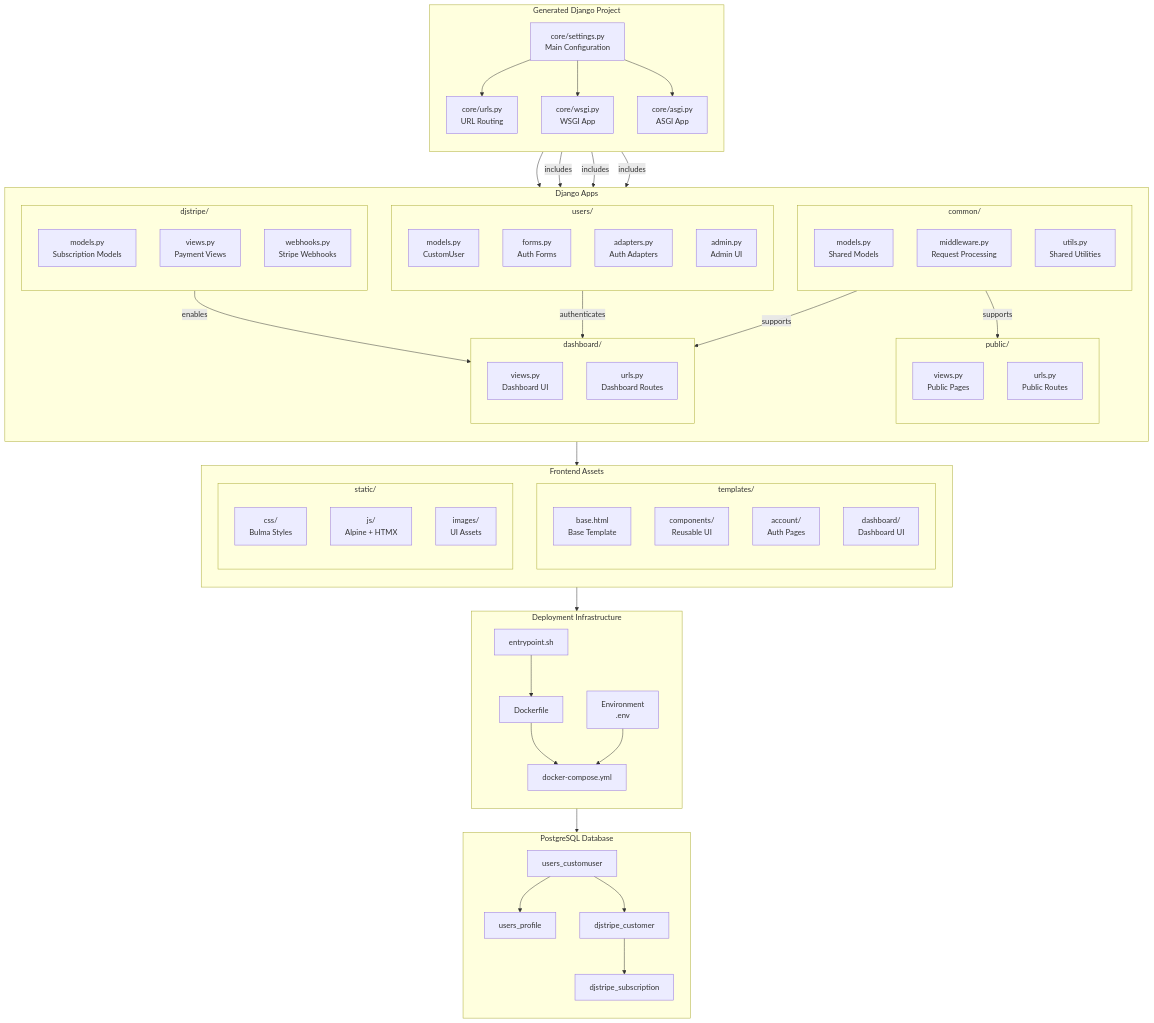
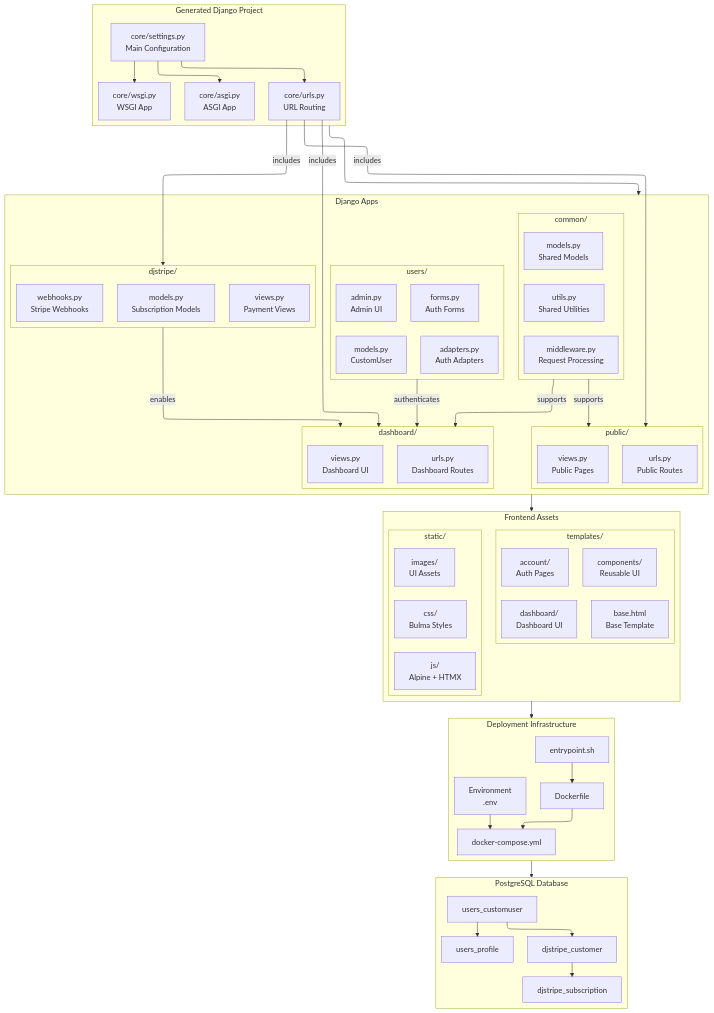
Before and after one commit to Experto-AI/quickscale: the sixth of 7 diagrams in TECHNICAL_DOCS.md, drawn with Mermaid. The commit also changed other lines of this file and 1 other file, not shown here.

Commit message:
Updated mermaid diagrams for better visualization

````diff
--- a/TECHNICAL_DOCS.md
+++ b/TECHNICAL_DOCS.md
@@ -401,116 +357,97 @@
 ```mermaid
+---
+config:
+  layout: elk
+---
 flowchart TD
-    %% Main project structure in vertical layout
-    subgraph Django["Generated Django Project"]
-        direction TB
-        settings["core/settings.py<br/>Main Configuration"]
-        urls["core/urls.py<br/>URL Routing"]
-        wsgi["core/wsgi.py<br/>WSGI App"]
-        asgi["core/asgi.py<br/>ASGI App"]
-        
-        settings --> urls
-        settings --> wsgi
-        settings --> asgi
-    end
-    
-    %% Django Apps in vertical arrangement
-    subgraph Apps["Django Apps"]
-        direction TB
-        
-        subgraph Users["users/"]
-            direction TB
-            users_models["models.py<br/>CustomUser"]
-            users_forms["forms.py<br/>Auth Forms"]
-            users_adapters["adapters.py<br/>Auth Adapters"]
-            users_admin["admin.py<br/>Admin UI"]
-        end
-        
-        subgraph Common["common/"]
-            direction TB
-            common_models["models.py<br/>Shared Models"]
-            common_middleware["middleware.py<br/>Request Processing"]
-            common_utils["utils.py<br/>Shared Utilities"]
-        end
-        
-        subgraph Public["public/"]
-            direction TB
-            public_views["views.py<br/>Public Pages"]
-            public_urls["urls.py<br/>Public Routes"]
-        end
-        
-        subgraph Dashboard["dashboard/"]
-            direction TB
-            dash_views["views.py<br/>Dashboard UI"]
-            dash_urls["urls.py<br/>Dashboard Routes"]
-        end
-        
-        subgraph Payments["djstripe/"]
-            direction TB
-            payment_models["models.py<br/>Subscription Models"]
-            payment_views["views.py<br/>Payment Views"]
-            webhook["webhooks.py<br/>Stripe Webhooks"]
-        end
-    end
-    
-    %% Frontend assets in vertical arrangement
-    subgraph Frontend["Frontend Assets"]
-        direction TB
-        
-        subgraph Templates["templates/"]
-            direction TB
-            base["base.html<br/>Base Template"]
-            components["components/<br/>Reusable UI"]
-            acct_templates["account/<br/>Auth Pages"]
-            dash_templates["dashboard/<br/>Dashboard UI"]
-        end
-        
-        subgraph Static["static/"]
-            direction TB
-            css["css/<br/>Bulma Styles"]
-            js["js/<br/>Alpine + HTMX"]
-            images["images/<br/>UI Assets"]
-        end
-    end
-    
-    %% Infrastructure in vertical arrangement
-    subgraph Infrastructure["Deployment Infrastructure"]
-        direction TB
+ subgraph Django["Generated Django Project"]
+    direction TB
+        settings["core/settings.py<br>Main Configuration"]
+        urls["core/urls.py<br>URL Routing"]
+        wsgi["core/wsgi.py<br>WSGI App"]
+        asgi["core/asgi.py<br>ASGI App"]
+  end
+ subgraph Users["users/"]
+    direction TB
+        users_models["models.py<br>CustomUser"]
+        users_forms["forms.py<br>Auth Forms"]
+        users_adapters["adapters.py<br>Auth Adapters"]
+        users_admin["admin.py<br>Admin UI"]
+  end
+ subgraph Common["common/"]
+    direction TB
+        common_models["models.py<br>Shared Models"]
+        common_middleware["middleware.py<br>Request Processing"]
+        common_utils["utils.py<br>Shared Utilities"]
+  end
+ subgraph Public["public/"]
+    direction TB
+        public_views["views.py<br>Public Pages"]
+        public_urls["urls.py<br>Public Routes"]
+  end
+ subgraph Dashboard["dashboard/"]
+    direction TB
+        dash_views["views.py<br>Dashboard UI"]
+        dash_urls["urls.py<br>Dashboard Routes"]
+  end
+ subgraph Payments["djstripe/"]
+    direction TB
+        payment_models["models.py<br>Subscription Models"]
+        payment_views["views.py<br>Payment Views"]
+        webhook["webhooks.py<br>Stripe Webhooks"]
+  end
+ subgraph Apps["Django Apps"]
+    direction TB
+        Users
+        Common
+        Public
+        Dashboard
+        Payments
+  end
+ subgraph Templates["templates/"]
+    direction TB
+        base["base.html<br>Base Template"]
+        components["components/<br>Reusable UI"]
+        acct_templates["account/<br>Auth Pages"]
+        dash_templates["dashboard/<br>Dashboard UI"]
+  end
+ subgraph Static["static/"]
+    direction TB
+        css["css/<br>Bulma Styles"]
+        js["js/<br>Alpine + HTMX"]
+        images["images/<br>UI Assets"]
+  end
+ subgraph Frontend["Frontend Assets"]
+    direction TB
+        Templates
+        Static
+  end
+ subgraph Infrastructure["Deployment Infrastructure"]
+    direction TB
         dockerfile["Dockerfile"]
         compose["docker-compose.yml"]
-        env["Environment<br/>.env"]
+        env["Environment<br>.env"]
         entrypoint["entrypoint.sh"]
-        
-        dockerfile --> compose
-        env --> compose
-        entrypoint --> dockerfile
-    end
-    
-    %% Database in vertical arrangement
-    subgraph Database["PostgreSQL Database"]
-        direction TB
+  end
+ subgraph Database["PostgreSQL Database"]
+    direction TB
         users_table["users_customuser"]
         profile_table["users_profile"]
         subscription_table["djstripe_subscription"]
         customer_table["djstripe_customer"]
-        
-        users_table --> profile_table
-        users_table --> customer_table
-        customer_table --> subscription_table
-    end
-    
-    %% Vertical connections between major components
+  end
+    settings --> urls & wsgi & asgi
+    dockerfile --> compose
+    env --> compose
+    entrypoint --> dockerfile
+    users_table --> profile_table & customer_table
+    customer_table --> subscription_table
     Django --> Apps
     Apps --> Frontend
     Frontend --> Infrastructure
     Infrastructure --> Database
-    
-    %% Additional connections for clarity
-    urls --> |includes| Public
-    urls --> |includes| Dashboard
-    urls --> |includes| Payments
-    
-    Users --> |authenticates| Dashboard
-    Common --> |supports| Public
-    Common --> |supports| Dashboard
-    Payments --> |enables| Dashboard
+    urls -- includes --> Public & Dashboard & Payments
+    Users -- authenticates --> Dashboard
+    Common -- supports --> Public & Dashboard
+    Payments -- enables --> Dashboard
 ```
````
